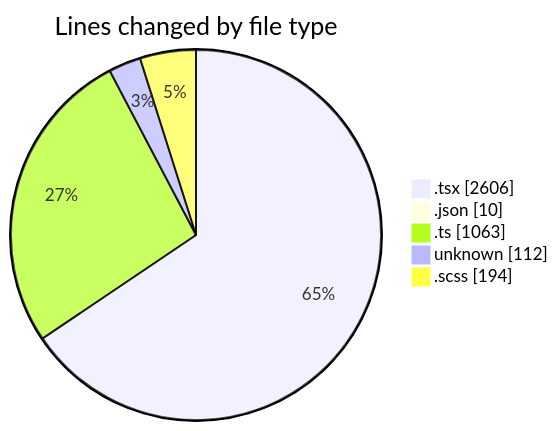
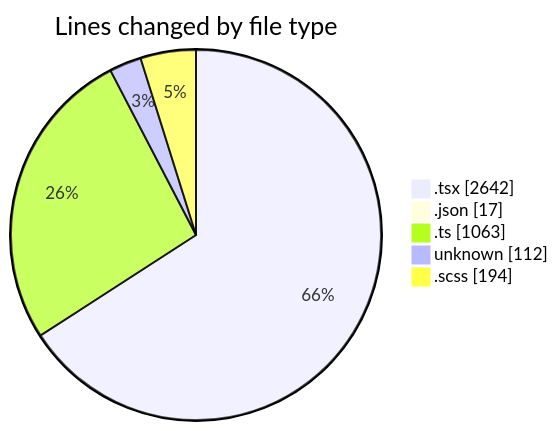
One commit to momahboobian/code-tracking changed the first of 2 diagrams in 2026-04-30/cda/README.md. Above: the diagram before and after it, drawn with Mermaid. The commit also changed other lines of this file and 1 other file, not shown here.

````diff
--- a/2026-04-30/cda/README.md
+++ b/2026-04-30/cda/README.md
@@ -53,9 +54,9 @@
 ```mermaid
 pie showData
 title Lines changed by file type
-".tsx" : 2606
-".json" : 10
+".tsx" : 2642
+".json" : 17
 ".ts" : 1063
 "unknown" : 112
 ".scss" : 194
 ```
````
